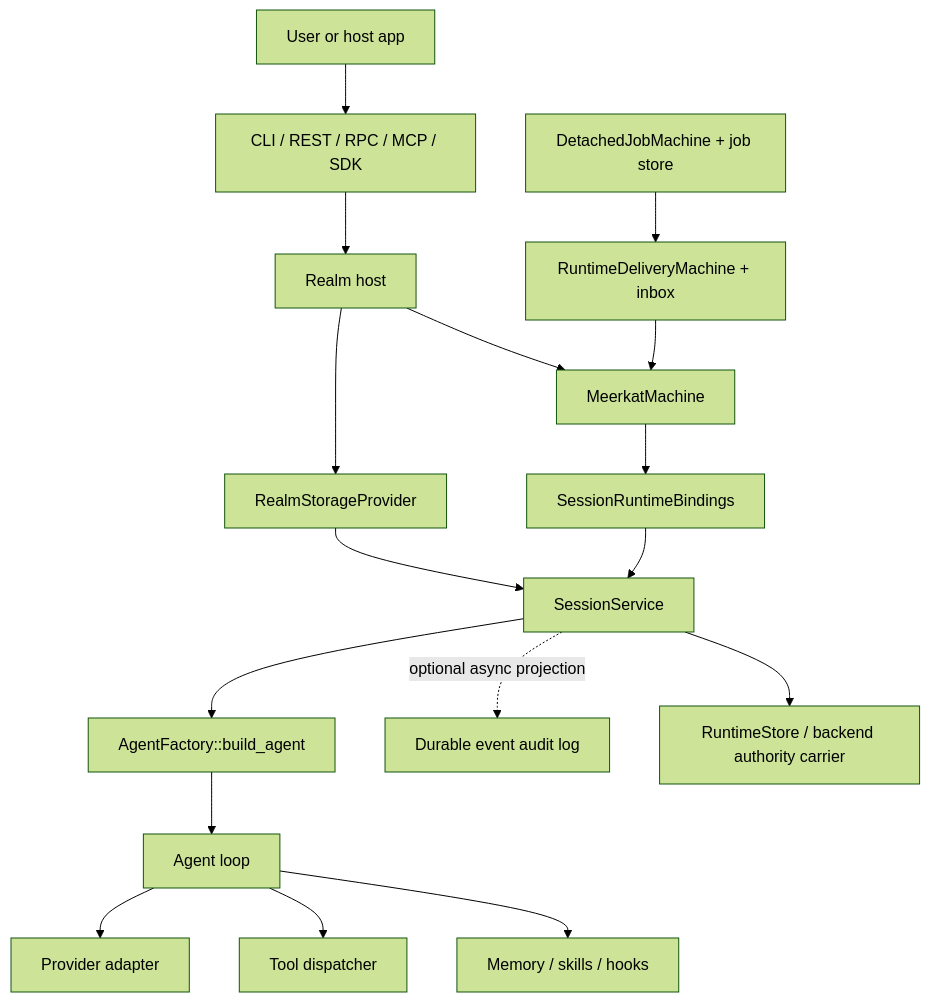
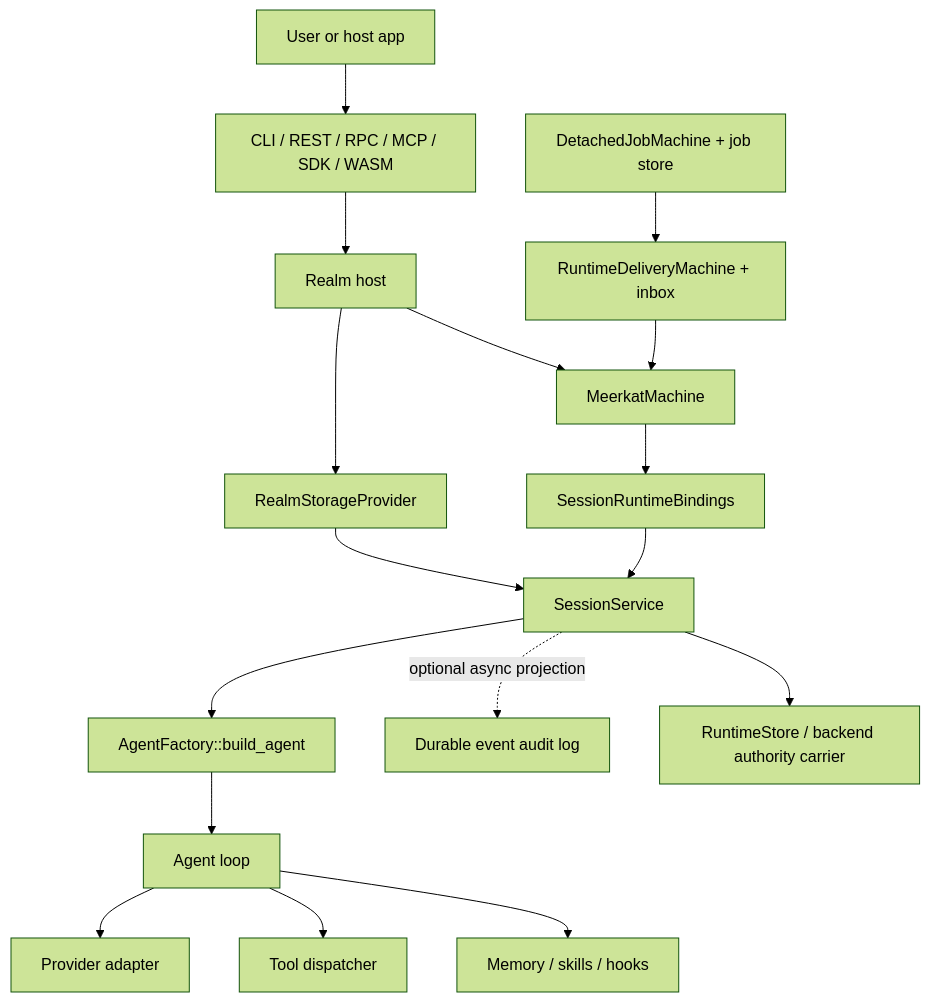
Before and after one commit to lukacf/meerkat: the diagram in docs/reference/runtime-architecture.mdx, drawn with Mermaid (forest theme). The commit also changed other lines of this file and 65 other files, not shown here.

````diff
--- a/docs/reference/runtime-architecture.mdx
+++ b/docs/reference/runtime-architecture.mdx
@@ -18,21 +18,21 @@
 ```mermaid
 flowchart TD
-    USER["User or host app"] --> SURFACE["CLI / REST / RPC / MCP / SDK"]
+    USER["User or host app"] --> SURFACE["CLI / REST / RPC / MCP / SDK / WASM"]
     SURFACE --> REALM["Realm host"]
     REALM --> STORAGE["RealmStorageProvider"]
     REALM --> RUNTIME["MeerkatMachine"]
     RUNTIME --> BINDINGS["SessionRuntimeBindings"]
     BINDINGS --> SERVICE["SessionService"]
     STORAGE --> SERVICE
     SERVICE --> FACTORY["AgentFactory::build_agent"]
     SERVICE -. optional async projection .-> EVENTS["Durable event audit log"]
     FACTORY --> AGENT["Agent loop"]
 
     AGENT --> PROVIDER["Provider adapter"]
     AGENT --> TOOLS["Tool dispatcher"]
     SERVICE --> STORE["RuntimeStore / backend authority carrier"]
     AGENT --> MEMORY["Memory / skills / hooks"]
 
     JOBS["DetachedJobMachine + job store"] --> DELIVERY["RuntimeDeliveryMachine + inbox"]
     DELIVERY --> RUNTIME
 ```
````
